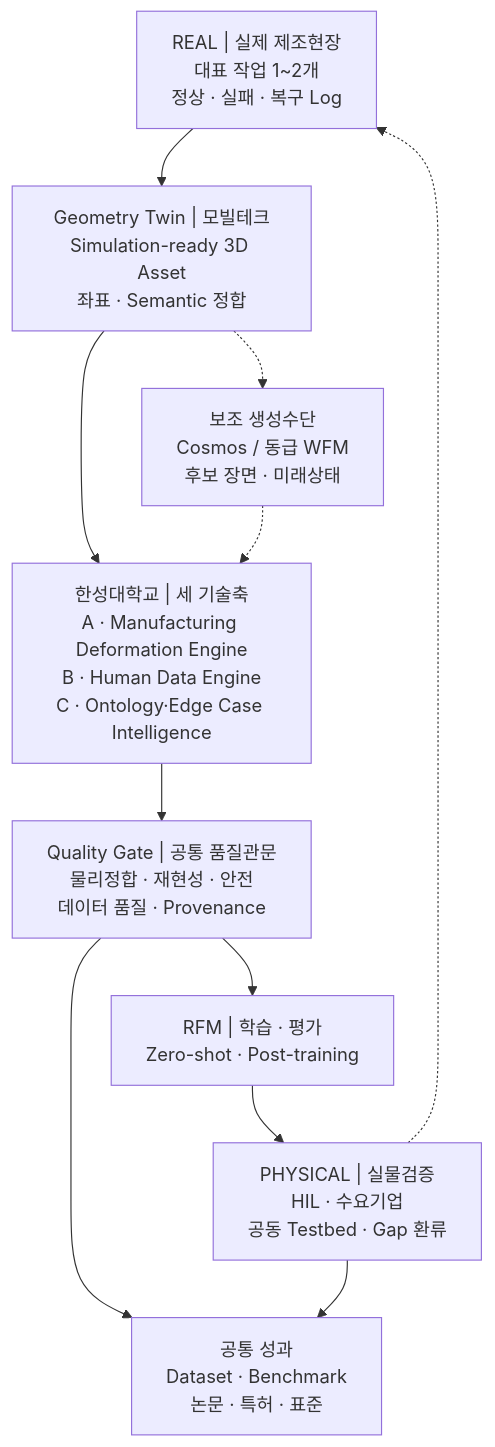
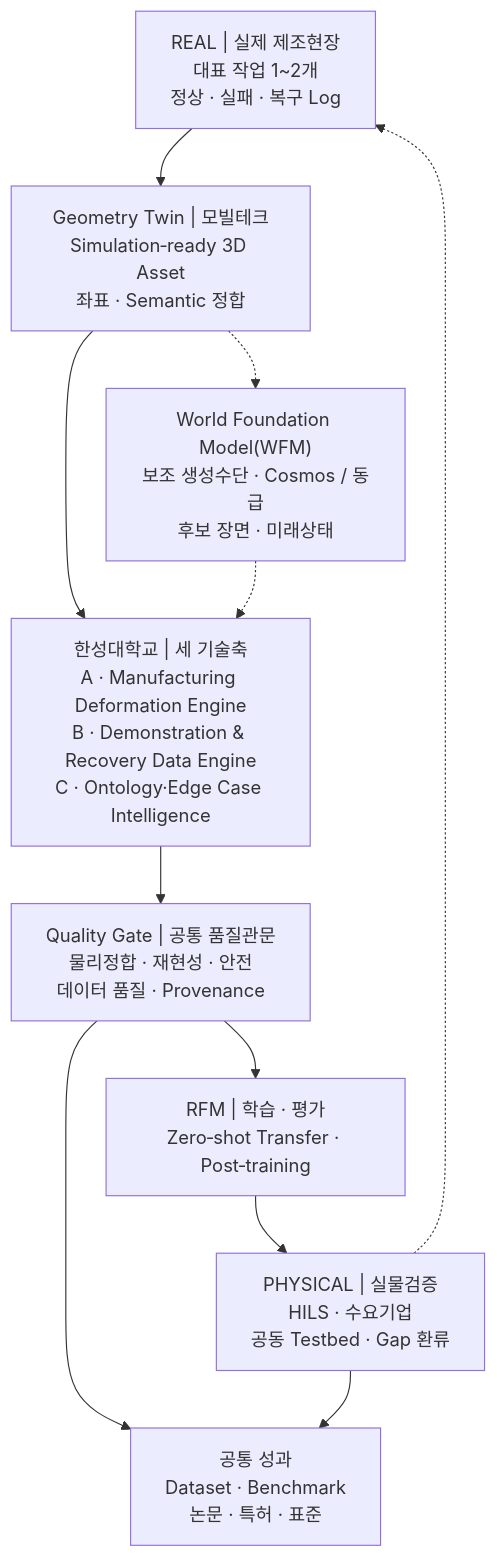
The first of 3 diagrams in homepage-src/docs/projects/manufacturing-data-factory-rfm/roadmap.md (parclab-hsu/parclab-hsu.github.io), drawn with Mermaid before and after one commit. The commit also changed other lines of this file and 2 other files, not shown here.

Commit message:
RFM 연차별 목표 — 단계별 공정 트윈·완료조건 구체화

````diff
--- a/homepage-src/docs/projects/manufacturing-data-factory-rfm/roadmap.md
+++ b/homepage-src/docs/projects/manufacturing-data-factory-rfm/roadmap.md
@@ -53,17 +61,17 @@
 ```mermaid
 flowchart TB
     REAL["REAL | 실제 제조현장<br/>대표 작업 1~2개<br/>정상 · 실패 · 복구 Log"]
-    GEO["Geometry Twin | 모빌테크<br/>Simulation-ready 3D Asset<br/>좌표 · Semantic 정합"]
-    WFM["보조 생성수단<br/>Cosmos / 동급 WFM<br/>후보 장면 · 미래상태"]
-    CORE["한성대학교 | 세 기술축<br/>A · Manufacturing Deformation Engine<br/>B · Human Data Engine<br/>C · Ontology·Edge Case Intelligence"]
+    GEO["Geometry Twin | 모빌테크<br/>Simulation‑ready 3D Asset<br/>좌표 · Semantic 정합"]
+    WFM["World Foundation Model(WFM)<br/>보조 생성수단 · Cosmos / 동급<br/>후보 장면 · 미래상태"]
+    CORE["한성대학교 | 세 기술축<br/>A · Manufacturing Deformation Engine<br/>B · Demonstration & Recovery Data Engine<br/>C · Ontology·Edge Case Intelligence"]
     GATE["Quality Gate | 공통 품질관문<br/>물리정합 · 재현성 · 안전<br/>데이터 품질 · Provenance"]
-    RFM["RFM | 학습 · 평가<br/>Zero-shot · Post-training"]
-    TEST["PHYSICAL | 실물검증<br/>HIL · 수요기업<br/>공동 Testbed · Gap 환류"]
+    RFM["RFM | 학습 · 평가<br/>Zero‑shot Transfer · Post‑training"]
+    TEST["PHYSICAL | 실물검증<br/>HILS · 수요기업<br/>공동 Testbed · Gap 환류"]
     OUTPUT["공통 성과<br/>Dataset · Benchmark<br/>논문 · 특허 · 표준"]
 
     REAL --> GEO --> CORE --> GATE --> RFM --> TEST
     GEO -.-> WFM -.-> CORE
     GATE --> OUTPUT
     TEST --> OUTPUT
     TEST -.-> REAL
 ```
````
